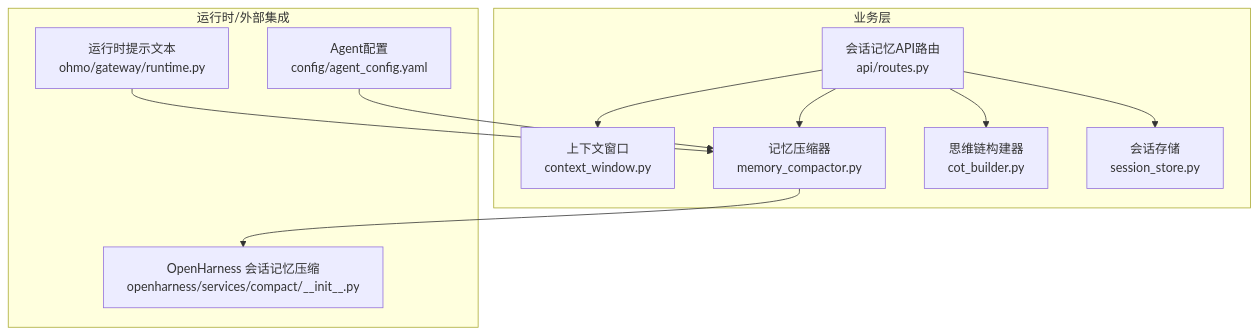
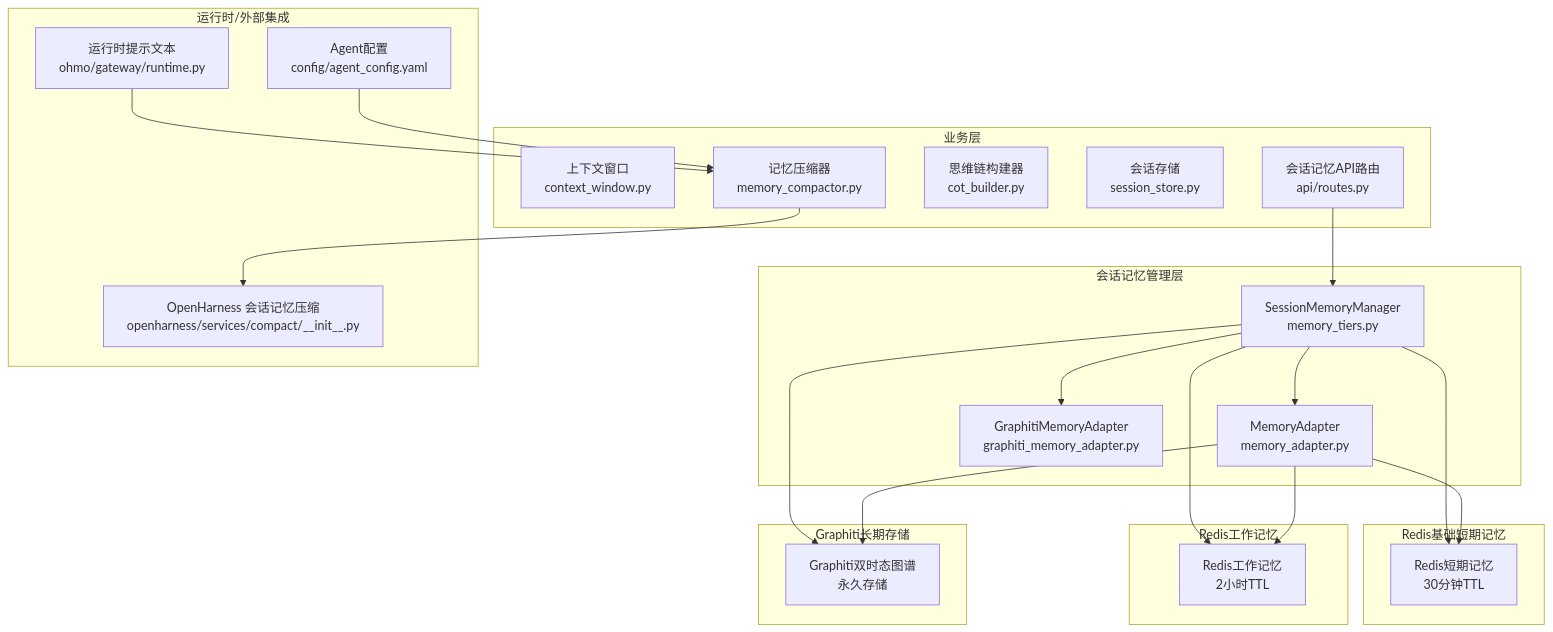
One commit to inier/ontology-graphiti changed the first of 9 diagrams in .qoder/repowiki/zh/content/核心模块/平台支撑模块/会话记忆.md. Above: the diagram before and after it, drawn with Mermaid. The commit also changed other lines of this file and 64 other files, not shown here.

````diff
--- a/.qoder/repowiki/zh/content/核心模块/平台支撑模块/会话记忆.md
+++ b/.qoder/repowiki/zh/content/核心模块/平台支撑模块/会话记忆.md
@@ -36,22 +50,41 @@
 ```mermaid
 graph TB
+subgraph "Redis基础短期记忆"
+RST["Redis短期记忆<br/>30分钟TTL"]
+end
+subgraph "Redis工作记忆"
+RWK["Redis工作记忆<br/>2小时TTL"]
+end
+subgraph "Graphiti长期存储"
+GPT["Graphiti双时态图谱<br/>永久存储"]
+end
+subgraph "会话记忆管理层"
+MT["SessionMemoryManager<br/>memory_tiers.py"]
+MA["MemoryAdapter<br/>memory_adapter.py"]
+GMA["GraphitiMemoryAdapter<br/>graphiti_memory_adapter.py"]
+end
 subgraph "业务层"
 CW["上下文窗口<br/>context_window.py"]
 MC["记忆压缩器<br/>memory_compactor.py"]
 CB["思维链构建器<br/>cot_builder.py"]
 SS["会话存储<br/>session_store.py"]
 API["会话记忆API路由<br/>api/routes.py"]
 end
 subgraph "运行时/外部集成"
 OH["OpenHarness 会话记忆压缩<br/>openharness/services/compact/__init__.py"]
 RT["运行时提示文本<br/>ohmo/gateway/runtime.py"]
 CFG["Agent配置<br/>config/agent_config.yaml"]
 end
-API --> SS
-API --> CW
-API --> MC
-API --> CB
+API --> MT
+MT --> RST
+MT --> RWK
+MT --> GPT
+MT --> MA
+MT --> GMA
+MA --> RST
+MA --> RWK
+MA --> GPT
 MC --> OH
 RT --> MC
 CFG --> MC
 ```
````
